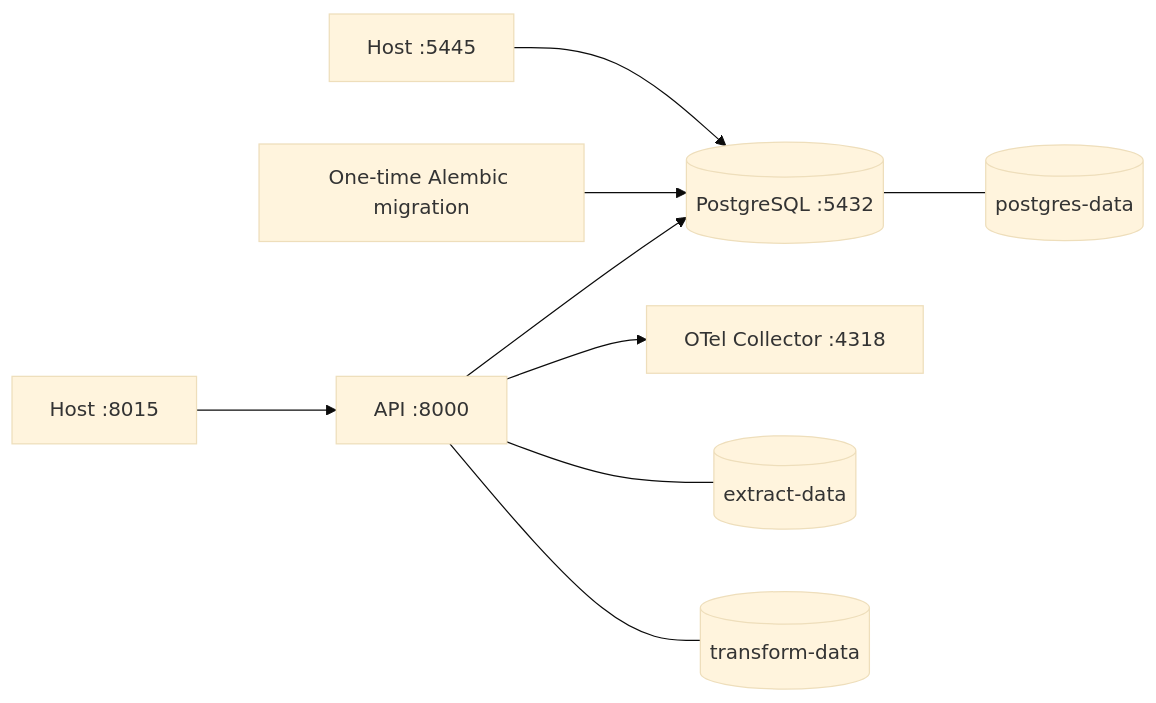
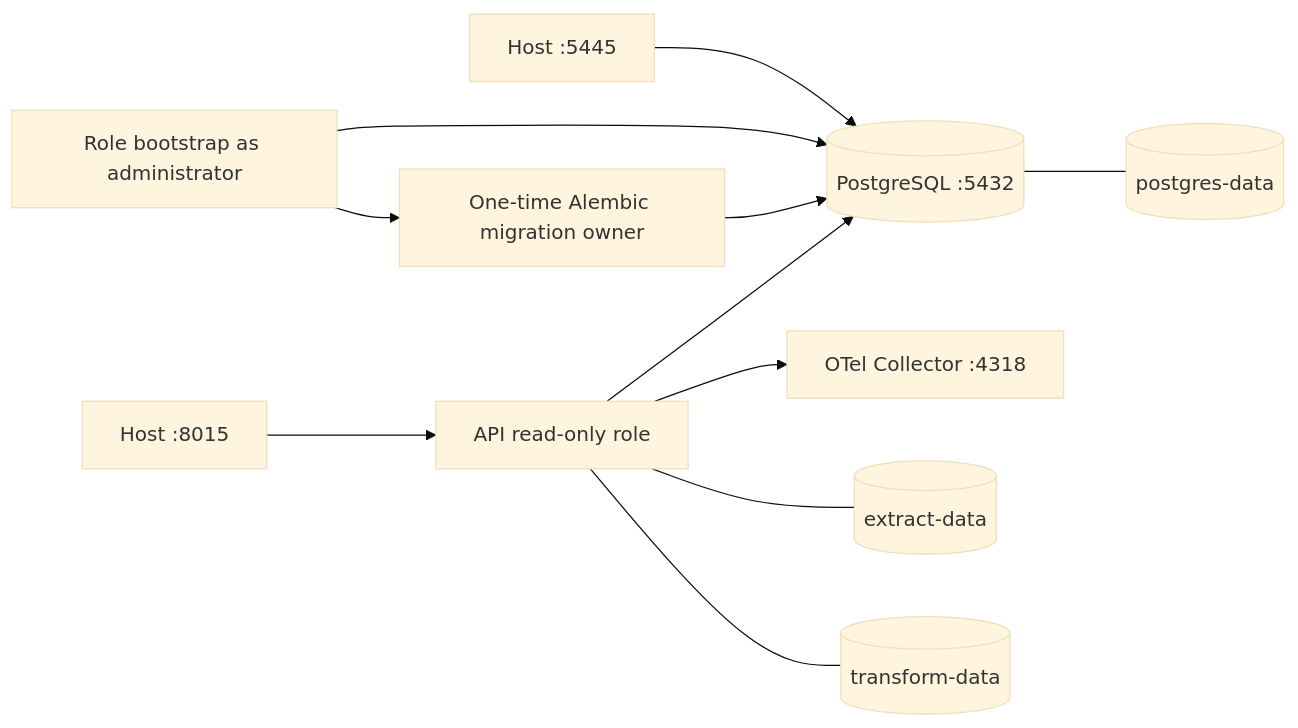
One commit to manickandan-git/data_agent changed the third of 3 diagrams in docs/ARCHITECTURE.md. Above: the diagram before and after it, drawn with Mermaid (base theme). The commit also changed other lines of this file and 9 other files, not shown here.

First line of the commit message:
feat: enforce separate PostgreSQL migration and read-only roles

````diff
--- a/docs/ARCHITECTURE.md
+++ b/docs/ARCHITECTURE.md
@@ -104,11 +105,13 @@
 ```mermaid
 flowchart LR
     HostAPI[Host :8015] --> API[API :8000]
     HostDB[Host :5445] --> PG[(PostgreSQL :5432)]
-    Migrate[One-time Alembic migration] --> PG
-    API --> PG
+    Bootstrap[Role bootstrap as administrator] --> PG
+    Bootstrap --> Migrate[One-time Alembic migration owner]
+    Migrate --> PG
+    API[API read-only role] --> PG
     API --> Collector[OTel Collector :4318]
     PG --- PGVol[(postgres-data)]
     API --- Extract[(extract-data)]
     API --- Transform[(transform-data)]
 ```
````
